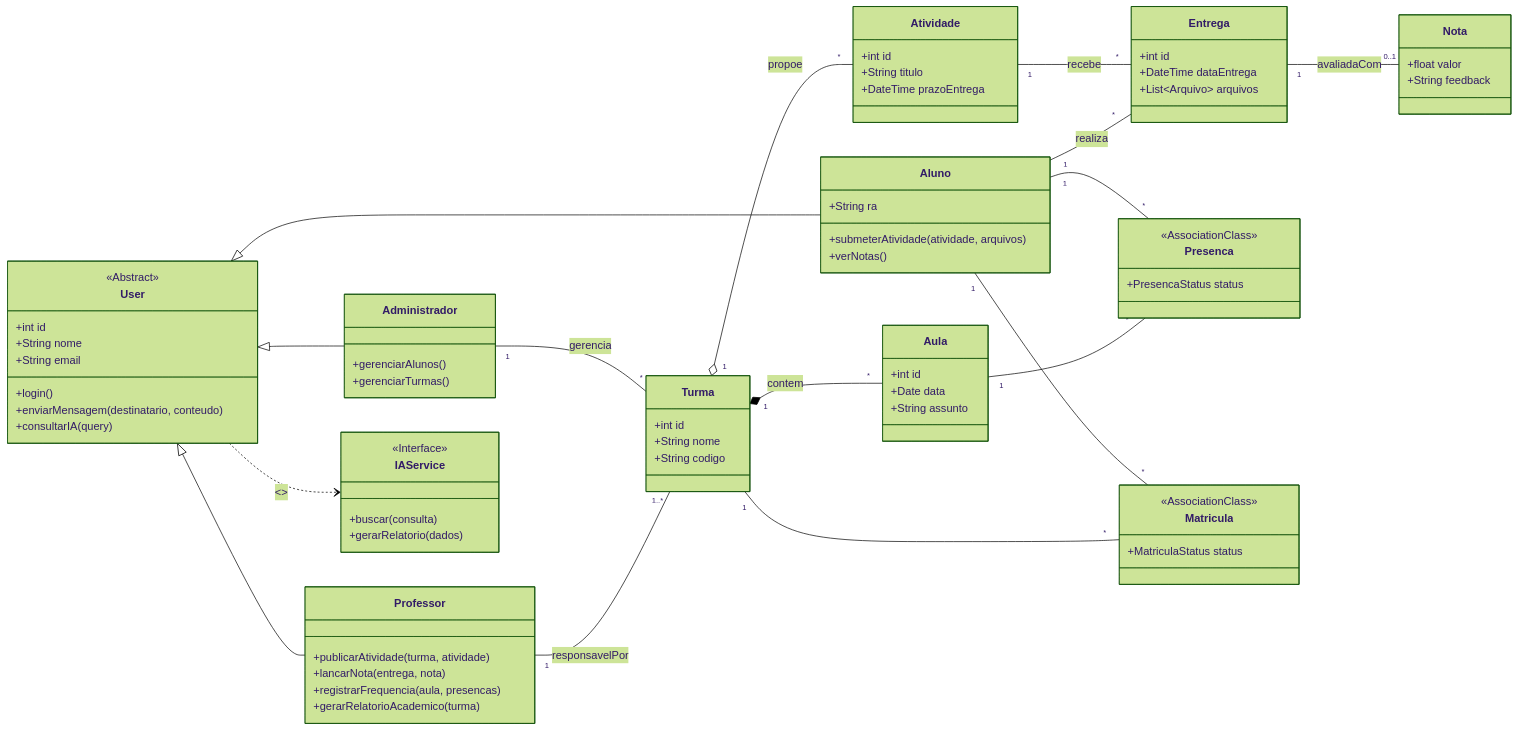
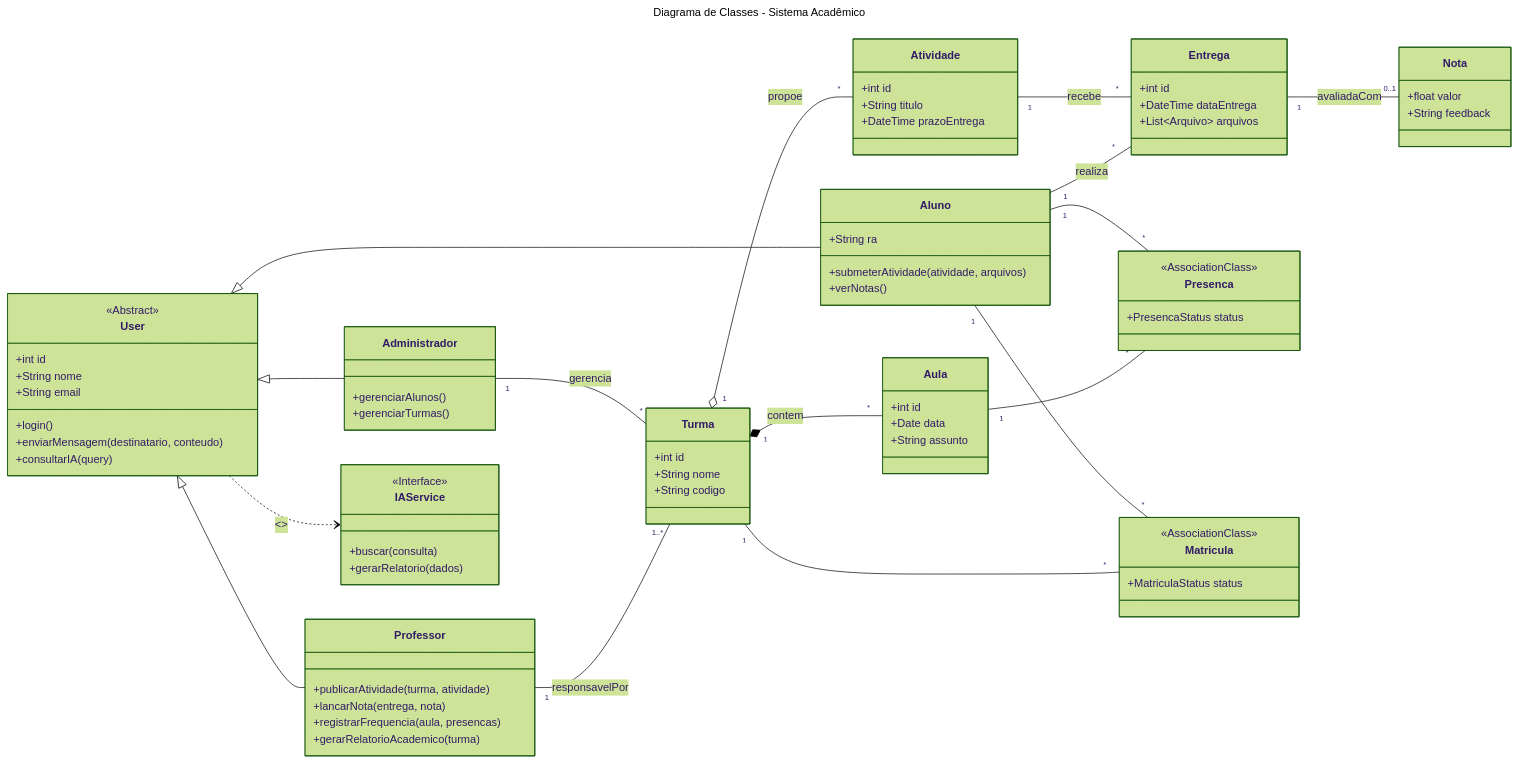
One commit to GabyValeria/pimII-2025-sistema-academico changed the diagram in Diagramas UML/Diagrama de Classes.md. Above: the diagram before and after it, drawn with Mermaid (forest theme). The commit also changed other lines of this file, not shown here.

Commit message:
Update Diagrama de Classes.md

````diff
--- a/Diagramas UML/Diagrama de Classes.md
+++ b/Diagramas UML/Diagrama de Classes.md
@@ -1,4 +1,7 @@
 ```mermaid
+---
+title: Diagrama de Classes - Sistema Acadêmico
+---
 classDiagram
     direction LR
 
````
